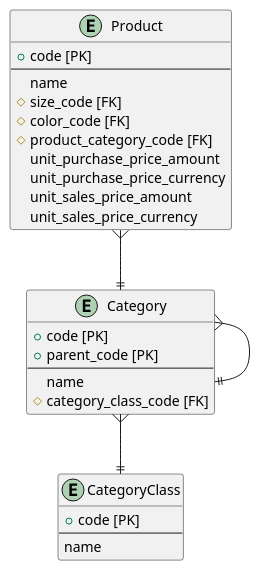
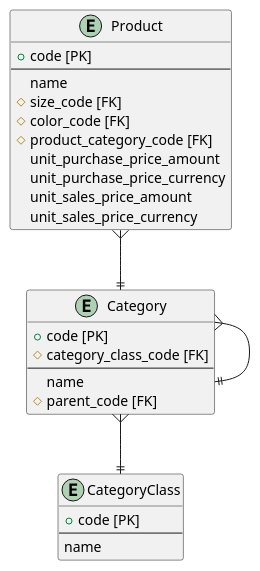
The third of 3 diagrams in docs/dev/sales_modeling/type2_product.md (k2works/etude_for_rails), drawn with PlantUML before and after one commit. The commit also changed 19 other files, not shown here.

````diff
--- a/docs/dev/sales_modeling/type2_product.md
+++ b/docs/dev/sales_modeling/type2_product.md
@@ -67,29 +67,29 @@
 ```puml
 entity Product {
   + code [PK]
   --
   name
   # size_code [FK]
   # color_code [FK]
   # product_category_code [FK]
   unit_purchase_price_amount
   unit_purchase_price_currency
   unit_sales_price_amount
   unit_sales_price_currency  
 }
 entity Category {
   + code [PK]  
-  + parent_code [PK]  
+  # category_class_code [FK]    
   --
   name
-  # category_class_code [FK]  
+  # parent_code [FK]    
 }
 entity CategoryClass {
   + code [PK]
   --
   name
 }
 Product }-do-|| Category
 Category }-do-|| Category
 Category }-do-|| CategoryClass
 ```
````
